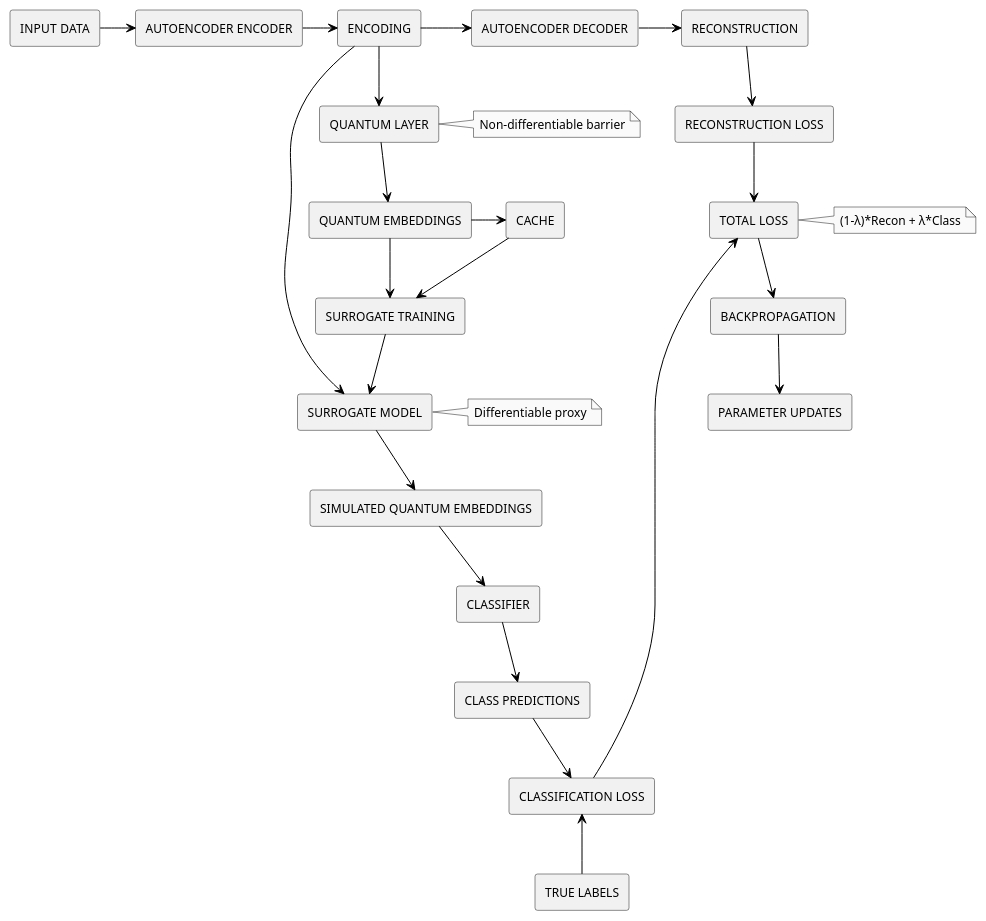
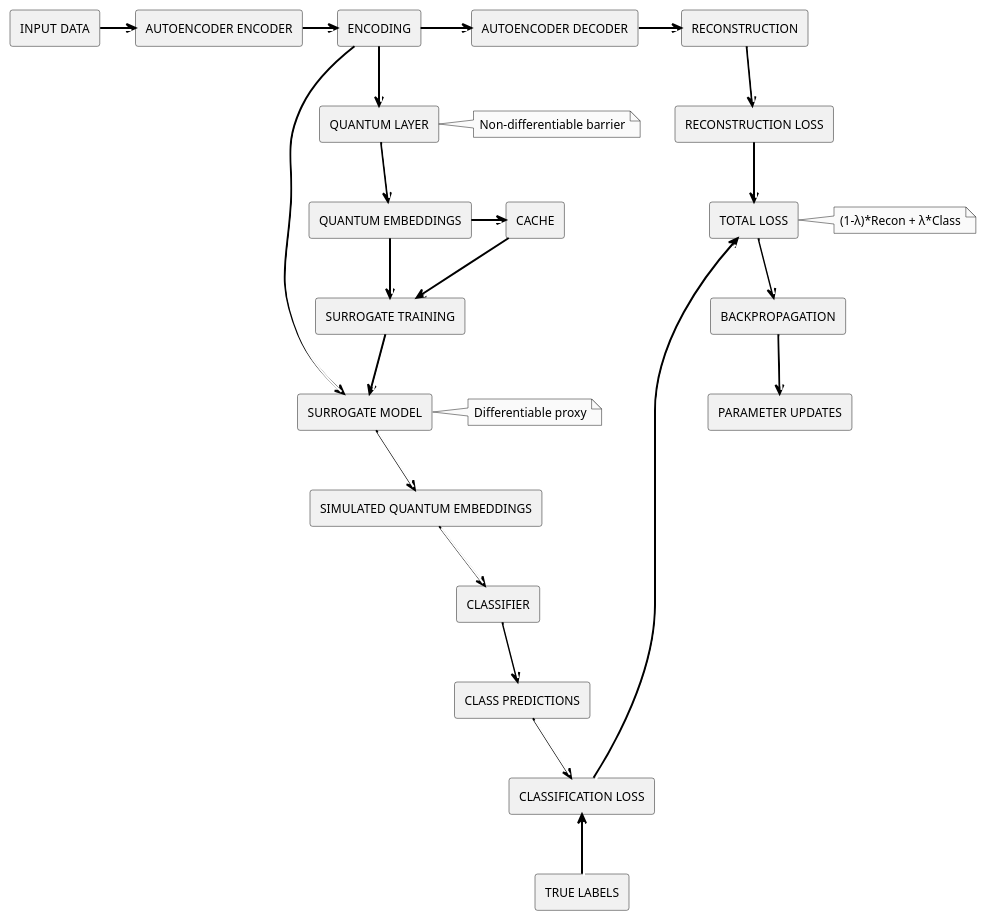
Before and after one commit to NunoMBatista/Neutral-Atom-QGARS: the diagram in docs/diagrams/pipeline.puml, drawn with PlantUML. The commit also changed 4 other files, not shown here.

Commit message:
diagrams fixed

```diff
--- a/docs/diagrams/pipeline.puml
+++ b/docs/diagrams/pipeline.puml
@@ -1,54 +1,54 @@
 @startuml
 skinparam monochrome true
 skinparam componentStyle rectangle
 skinparam defaultFontName Arial
 skinparam defaultFontSize 12
-skinparam ArrowColor black
+skinparam ArrowThickness 2
 
 component "INPUT DATA" as input
 component "AUTOENCODER ENCODER" as encoder
 component "ENCODING" as encoding
 component "AUTOENCODER DECODER" as decoder
 component "RECONSTRUCTION" as reconstruction
 component "QUANTUM LAYER" as quantum
 component "QUANTUM EMBEDDINGS" as q_embeddings
 component "CACHE" as cache
 component "SURROGATE TRAINING" as surr_training
 component "SURROGATE MODEL" as surrogate
 component "SIMULATED QUANTUM EMBEDDINGS" as sim_embeddings
 component "CLASSIFIER" as classifier
 component "CLASS PREDICTIONS" as predictions
 component "RECONSTRUCTION LOSS" as rec_loss
 component "CLASSIFICATION LOSS" as class_loss
 component "TRUE LABELS" as labels
 component "TOTAL LOSS" as total_loss
 component "BACKPROPAGATION" as backprop
 component "PARAMETER UPDATES" as updates
 
-input -right-> encoder
-encoder -right-> encoding
-encoding -down-> quantum
-encoding -right-> decoder
-decoder -right-> reconstruction
-reconstruction -down-> rec_loss
-quantum -down-> q_embeddings
-q_embeddings -right-> cache
-q_embeddings -down-> surr_training
-cache -down-> surr_training
-surr_training -down-> surrogate
-encoding -down-> surrogate
-surrogate -down-> sim_embeddings
-sim_embeddings -down-> classifier
-classifier -down-> predictions
-predictions -down-> class_loss
-labels -up-> class_loss
-rec_loss -down-> total_loss
-class_loss -left-> total_loss
-total_loss -down-> backprop
-backprop -down-> updates
+input -[#black;#white]right-> encoder
+encoder -[#black;#white]right-> encoding
+encoding -[#black;#white]down-> quantum
+encoding -[#black;#white]right-> decoder
+decoder -[#black;#white]right-> reconstruction
+reconstruction -[#black;#white]down-> rec_loss
+quantum -[#black;#white]down-> q_embeddings
+q_embeddings -[#black;#white]right-> cache
+q_embeddings -[#black;#white]down-> surr_training
+cache -[#black;#white]down-> surr_training
+surr_training -[#black;#white]down-> surrogate
+encoding -[#black;#white]down-> surrogate
+surrogate -[#black;#white]down-> sim_embeddings
+sim_embeddings -[#black;#white]down-> classifier
+classifier -[#black;#white]down-> predictions
+predictions -[#black;#white]down-> class_loss
+labels -[#black;#white]up-> class_loss
+rec_loss -[#black;#white]down-> total_loss
+class_loss -[#black;#white]left-> total_loss
+total_loss -[#black;#white]down-> backprop
+backprop -[#black;#white]down-> updates
 
 note right of surrogate: Differentiable proxy
 note right of quantum: Non-differentiable barrier
 note right of total_loss: (1-λ)*Recon + λ*Class
 
 @enduml
```
